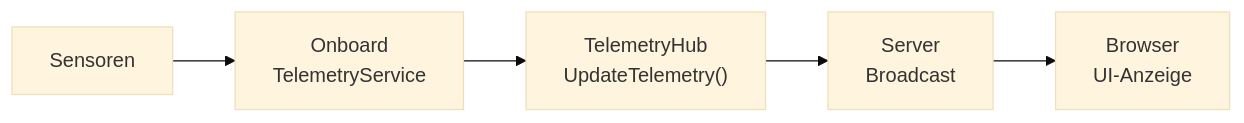
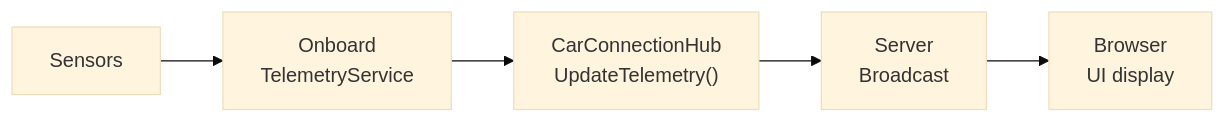
The third of 6 diagrams in Docs/Architecture.md (atomroflman/LteCar), drawn with Mermaid (base theme) before and after one commit. The commit also changed other lines of this file and 10 other files, not shown here.

````diff
--- a/Docs/Architecture.md
+++ b/Docs/Architecture.md
@@ -87,10 +87,10 @@
 ```mermaid
 graph LR
-    Sensoren["Sensoren"]
+    Sensors["Sensors"]
     Onboard["Onboard<br/>TelemetryService"]
-    Hub["TelemetryHub<br/>UpdateTelemetry()"]
+    Hub["CarConnectionHub<br/>UpdateTelemetry()"]
     Server["Server<br/>Broadcast"]
-    Browser["Browser<br/>UI-Anzeige"]
+    Browser["Browser<br/>UI display"]
 
-    Sensoren --> Onboard --> Hub --> Server --> Browser
+    Sensors --> Onboard --> Hub --> Server --> Browser
 ```
````
